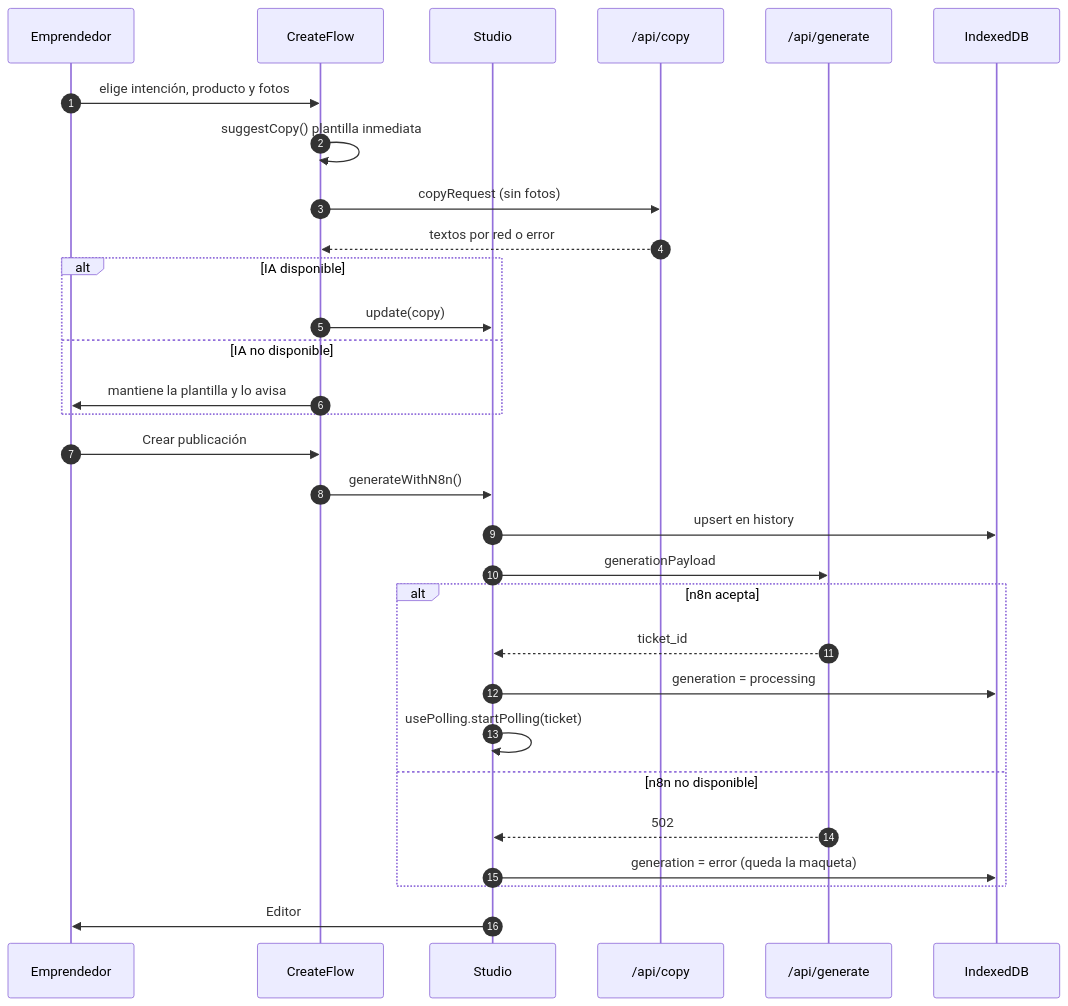
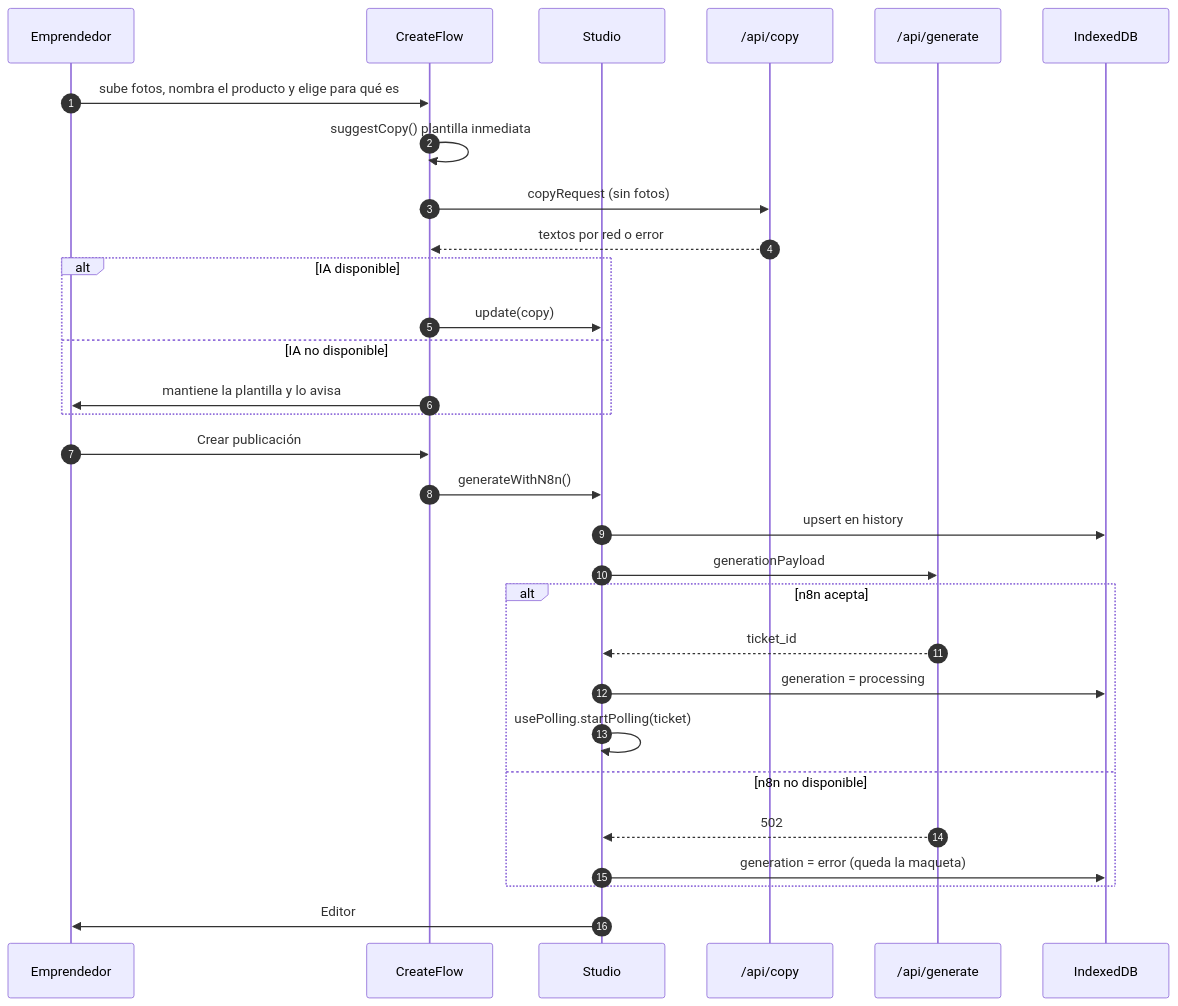
Before and after one commit to JeffersonVargasH/proj-automatizacion: diagram 11 of 14 in README.md, drawn with Mermaid. The commit also changed other lines of this file and 20 other files, not shown here.

````diff
--- a/README.md
+++ b/README.md
@@ -570,33 +602,33 @@
 ```mermaid
 sequenceDiagram
   autonumber
   participant E as Emprendedor
   participant CF as CreateFlow
   participant ST as Studio
   participant CP as /api/copy
   participant GN as /api/generate
   participant IDB as IndexedDB
 
-  E->>CF: elige intención, producto y fotos
+  E->>CF: sube fotos, nombra el producto y elige para qué es
   CF->>CF: suggestCopy() plantilla inmediata
   CF->>CP: copyRequest (sin fotos)
   CP-->>CF: textos por red o error
   alt IA disponible
     CF->>ST: update(copy)
   else IA no disponible
     CF->>E: mantiene la plantilla y lo avisa
   end
   E->>CF: Crear publicación
   CF->>ST: generateWithN8n()
   ST->>IDB: upsert en history
   ST->>GN: generationPayload
   alt n8n acepta
     GN-->>ST: ticket_id
     ST->>IDB: generation = processing
     ST->>ST: usePolling.startPolling(ticket)
   else n8n no disponible
     GN-->>ST: 502
     ST->>IDB: generation = error (queda la maqueta)
   end
   ST->>E: Editor
 ```
````
